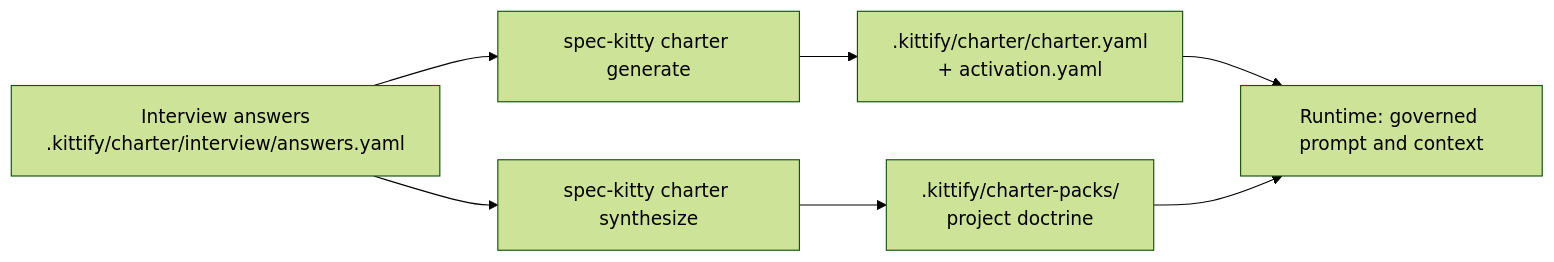
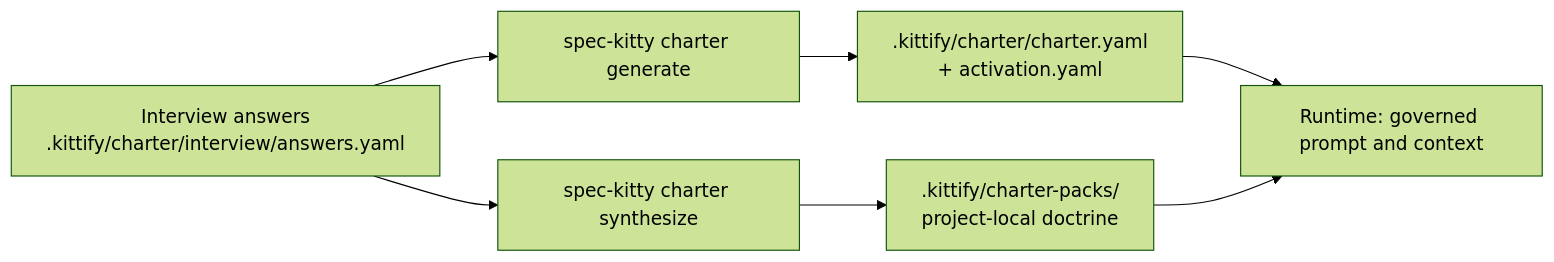
One commit to spec-kitty/spec-kitty changed the diagram in docs/context/README.md. Above: the diagram before and after it, drawn with Mermaid (forest theme). The commit also changed other lines of this file, not shown here.

Commit message:
docs(context): use project-local doctrine in the Charter flow, not the retired term (#7522)
The corpus-blocking retired-identifier gate (FR-010) refused the new hub
diagram: "project doctrine" is on the retired charter vocabulary list. Use
"project-local doctrine", the wording charter-overview already gives
.kittify/charter-packs/.

Claude-Session: https://claude.ai/code/session_01E5wJU8TifzpaBhQYg4LFuP

````diff
--- a/docs/context/README.md
+++ b/docs/context/README.md
@@ -83,15 +83,15 @@
 ```mermaid
 %% title: How Charter context reaches an agent
-%% description: The charter interview answers feed charter generate, which writes charter.yaml, and charter synthesize, which writes project doctrine to .kittify/charter-packs/. The runtime resolves charter.yaml, the activation ledger and that doctrine, then injects governed context into the prompt for each mission action.
+%% description: The charter interview answers feed charter generate, which writes charter.yaml, and charter synthesize, which writes project-local doctrine to .kittify/charter-packs/. The runtime resolves charter.yaml, the activation ledger and that doctrine, then injects governed context into the prompt for each mission action.
 flowchart LR
   answers["Interview answers<br/>.kittify/charter/interview/answers.yaml"]
   generate["spec-kitty charter generate"]
   synth["spec-kitty charter synthesize"]
   yaml[".kittify/charter/charter.yaml<br/>+ activation.yaml"]
-  packs[".kittify/charter-packs/<br/>project doctrine"]
+  packs[".kittify/charter-packs/<br/>project-local doctrine"]
   runtime["Runtime: governed prompt and context"]
   answers --> generate --> yaml
   answers --> synth --> packs
   yaml --> runtime
   packs --> runtime
 ```
````
